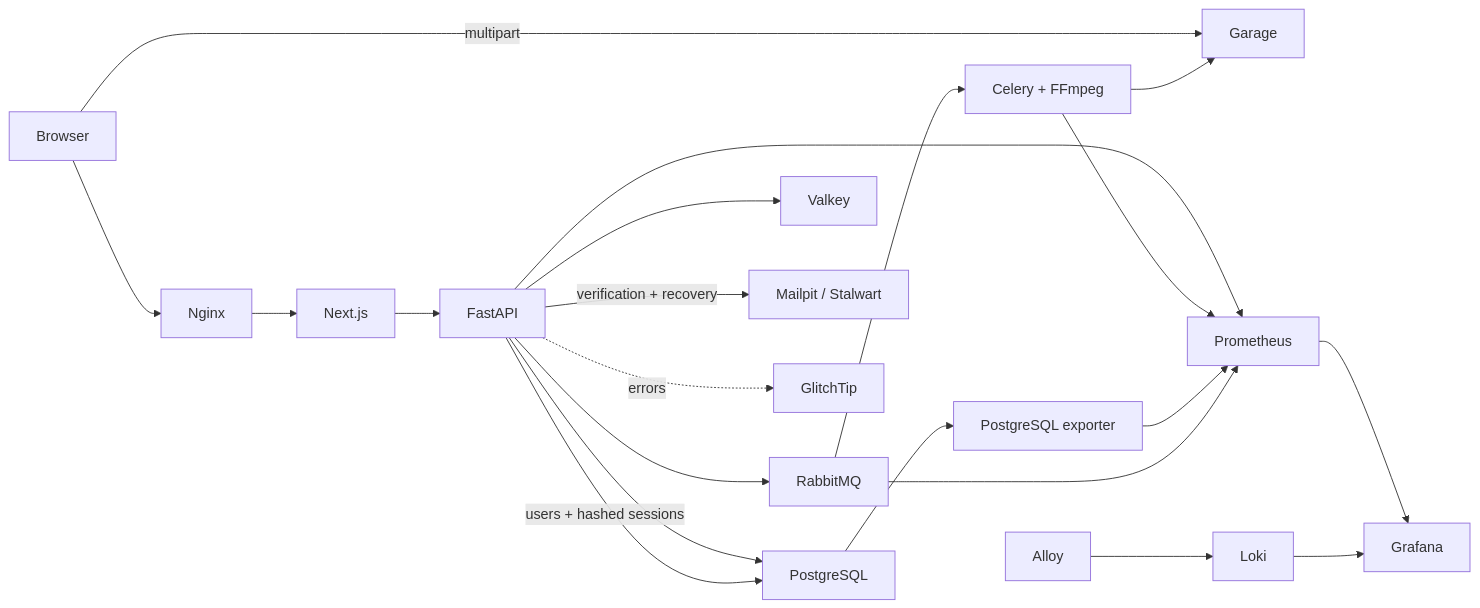
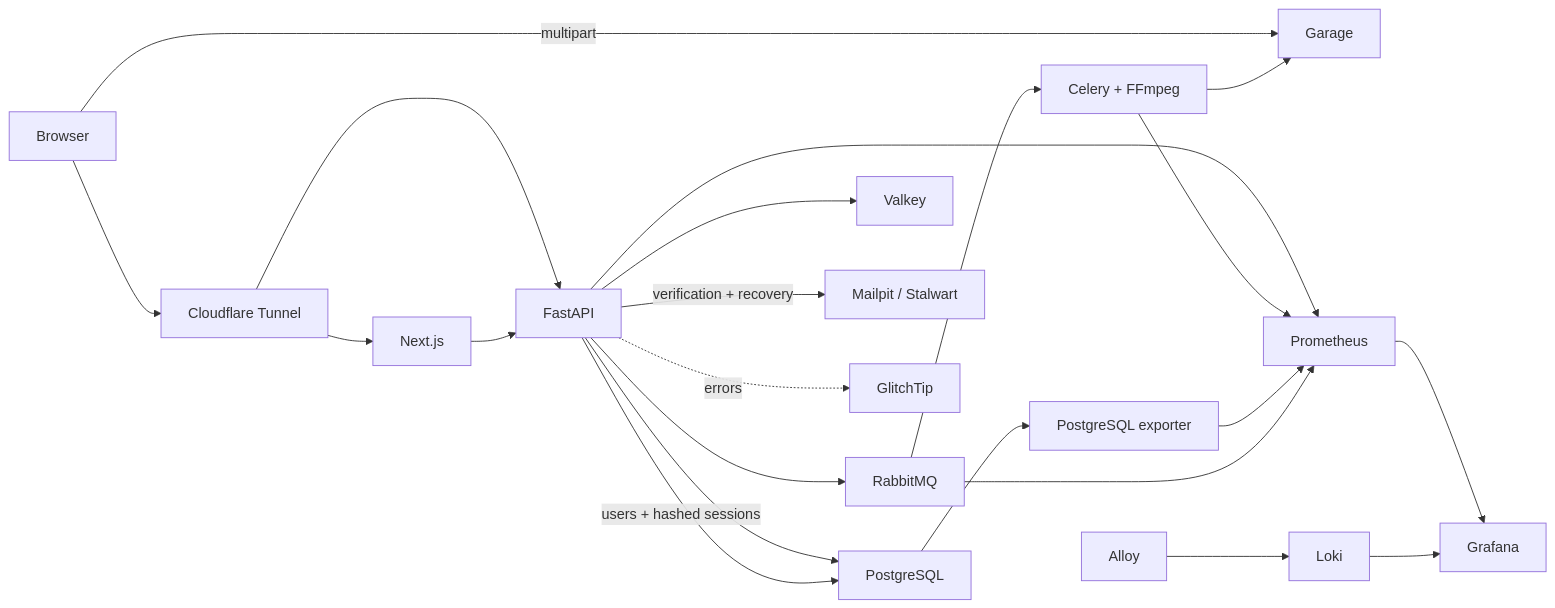
One commit to khanhnkq/feed.io changed the first of 2 diagrams in docs/architecture/system-overview.md. Above: the diagram before and after it, drawn with Mermaid. The commit also changed 11 other files, not shown here.

Commit message:
refactor: replace Nginx with Cloudflare Tunnel and add CF-Connecting-IP rate limit support and tests

````diff
--- a/docs/architecture/system-overview.md
+++ b/docs/architecture/system-overview.md
@@ -3,23 +3,24 @@
 ```mermaid
 flowchart LR
-    Browser --> Nginx
-    Nginx --> Web[Next.js]
-    Web --> API[FastAPI]
+    Browser --> CFTunnel[Cloudflare Tunnel]
+    CFTunnel --> Web[Next.js]
+    CFTunnel --> API[FastAPI]
+    Web --> API
     Browser -->|multipart| Garage
     API --> PostgreSQL
     API --> RabbitMQ
     API --> Valkey
     RabbitMQ --> Worker[Celery + FFmpeg]
     Worker --> Garage
     API -->|users + hashed sessions| PostgreSQL
     API -->|verification + recovery| Mailpit[Mailpit / Stalwart]
     API --> Prometheus
     Worker --> Prometheus
     PostgreSQL --> PostgresExporter[PostgreSQL exporter]
     PostgresExporter --> Prometheus
     RabbitMQ --> Prometheus
     Alloy --> Loki
     Prometheus --> Grafana
     Loki --> Grafana
     API -. errors .-> GlitchTip
 ```
````
